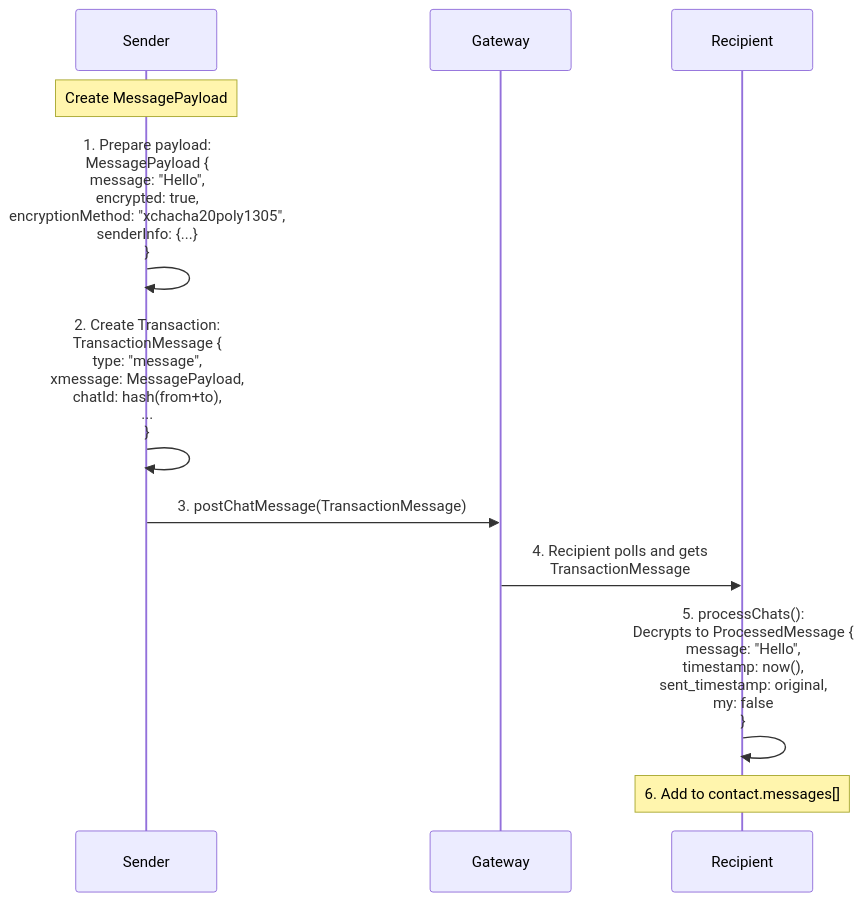
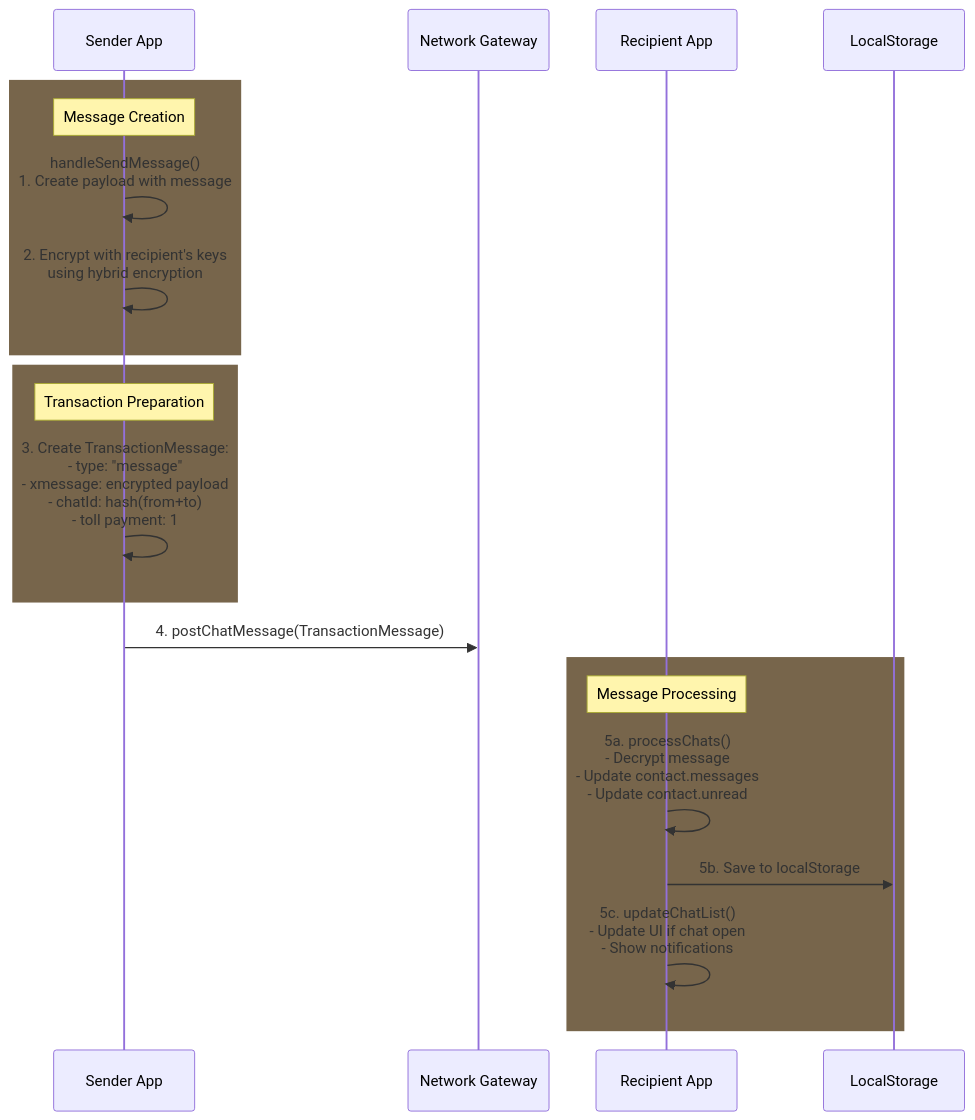
Before and after one commit to silver83p/web-client-v2: the second of 4 diagrams in data_structures_flow/message-data-structures.md, drawn with Mermaid. The commit also changed other lines of this file, not shown here.

First line of the commit message:
Update message flow documentation with enhanced sequence diagrams

````diff
--- a/data_structures_flow/message-data-structures.md
+++ b/data_structures_flow/message-data-structures.md
@@ -76,20 +76,27 @@
 ```mermaid
 sequenceDiagram
-    participant Sender
-    participant Gateway
-    participant Recipient
+    participant Sender as Sender App
+    participant Gateway as Network Gateway
+    participant Recipient as Recipient App
+    participant DB as LocalStorage
 
-    Note over Sender: Create MessagePayload
+    rect rgb(119, 101, 75)
+        Note over Sender: Message Creation
+        Sender->>Sender: handleSendMessage()<br/>1. Create payload with message
+        Sender->>Sender: 2. Encrypt with recipient's keys<br/>using hybrid encryption
+    end
 
-    Sender->>Sender: 1. Prepare payload:<br/>MessagePayload {<br/>  message: "Hello",<br/>  encrypted: true,<br/>  encryptionMethod: "xchacha20poly1305",<br/>  senderInfo: {...}<br/>}
+    rect rgb(119, 101, 75)
+        Note over Sender: Transaction Preparation
+        Sender->>Sender: 3. Create TransactionMessage:<br/>- type: "message"<br/>- xmessage: encrypted payload<br/>- chatId: hash(from+to)<br/>- toll payment: 1
+    end
 
-    Sender->>Sender: 2. Create Transaction:<br/>TransactionMessage {<br/>  type: "message",<br/>  xmessage: MessagePayload,<br/>  chatId: hash(from+to),<br/>  ...<br/>}
+    Sender->>Gateway: 4. postChatMessage(TransactionMessage)
 
-    Sender->>Gateway: 3. postChatMessage(TransactionMessage)
-
-    Gateway->>Recipient: 4. Recipient polls and gets<br/>TransactionMessage
-
-    Recipient->>Recipient: 5. processChats():<br/>Decrypts to ProcessedMessage {<br/>  message: "Hello",<br/>  timestamp: now(),<br/>  sent_timestamp: original,<br/>  my: false<br/>}
-
-    Note over Recipient: 6. Add to contact.messages[]
+    rect rgb(119, 101, 75)
+        Note over Recipient: Message Processing
+        Recipient->>Recipient: 5a. processChats()<br/>- Decrypt message<br/>- Update contact.messages<br/>- Update contact.unread
+        Recipient->>DB: 5b. Save to localStorage
+        Recipient->>Recipient: 5c. updateChatList()<br/>- Update UI if chat open<br/>- Show notifications
+    end
 ```
````
